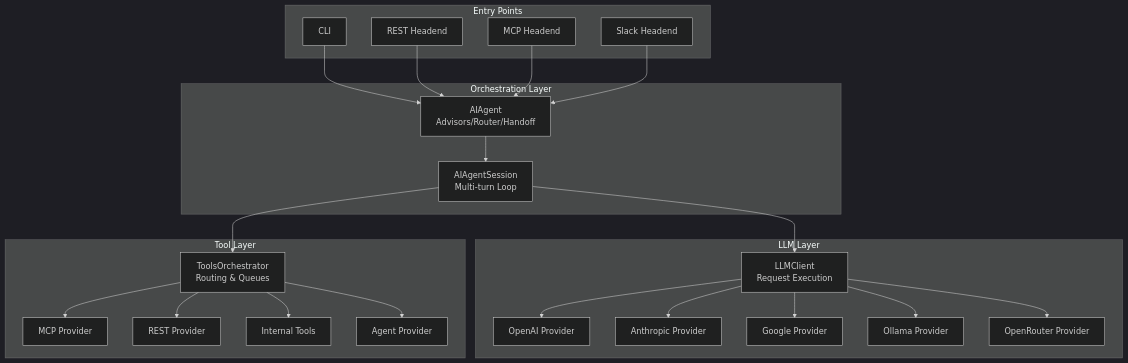
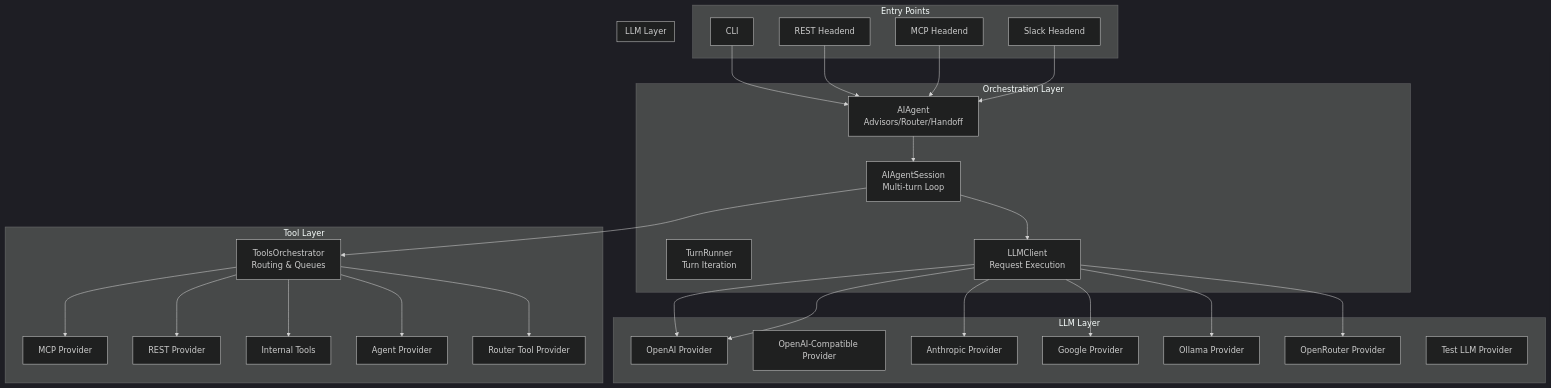
One commit to netdata/netdata changed the first of 3 diagrams in docs/Technical-Specs-Architecture.md. Above: the diagram before and after it, drawn with Mermaid (dark theme). The commit also changed other lines of this file and 60 other files, not shown here.

````diff
--- a/docs/Technical-Specs-Architecture.md
+++ b/docs/Technical-Specs-Architecture.md
@@ -39,51 +39,69 @@
 ```mermaid
 graph TB
     subgraph "Entry Points"
         CLI[CLI]
         REST[REST Headend]
         MCP[MCP Headend]
         Slack[Slack Headend]
     end
 
     subgraph "Orchestration Layer"
         AIAgent[AIAgent<br/>Advisors/Router/Handoff]
         Session[AIAgentSession<br/>Multi-turn Loop]
-    end
+        TurnRunner[TurnRunner<br/>Turn Iteration]
+        LLMClient[LLMClient<br/>Request Execution]
+        end
 
     subgraph "LLM Layer"
         LLMClient[LLMClient<br/>Request Execution]
         OpenAI[OpenAI Provider]
+        OpenAICompat[OpenAI-Compatible Provider]
         Anthropic[Anthropic Provider]
         Google[Google Provider]
         Ollama[Ollama Provider]
         OpenRouter[OpenRouter Provider]
-    end
+        TestLLM[Test LLM Provider]
+        end
 
-    subgraph "Tool Layer"
+    subgraph "LLM Layer"
+        LLMClient[LLMClient<br/>Request Execution]
+        OpenAI[OpenAI Provider]
+        OpenAICompat[OpenAI-Compatible Provider]
+        Anthropic[Anthropic Provider]
+        Google[Google Provider]
+        Ollama[Ollama Provider]
+        OpenRouter[OpenRouter Provider]
+        TestLLM[Test LLM Provider]
+        end
+
+     subgraph "Tool Layer"
         ToolsOrch[ToolsOrchestrator<br/>Routing & Queues]
         MCPProv[MCP Provider]
         RESTProv[REST Provider]
         InternalProv[Internal Tools]
         AgentProv[Agent Provider]
-    end
+        RouterProv[Router Tool Provider]
+        end
 
     CLI --> AIAgent
     REST --> AIAgent
     MCP --> AIAgent
     Slack --> AIAgent
 
     AIAgent --> Session
     Session --> LLMClient
     Session --> ToolsOrch
 
     LLMClient --> OpenAI
+    LLMClient --> OpenAI
     LLMClient --> Anthropic
     LLMClient --> Google
     LLMClient --> Ollama
     LLMClient --> OpenRouter
 
     ToolsOrch --> MCPProv
     ToolsOrch --> RESTProv
     ToolsOrch --> InternalProv
     ToolsOrch --> AgentProv
+    ToolsOrch --> RouterProv
 ```
````
